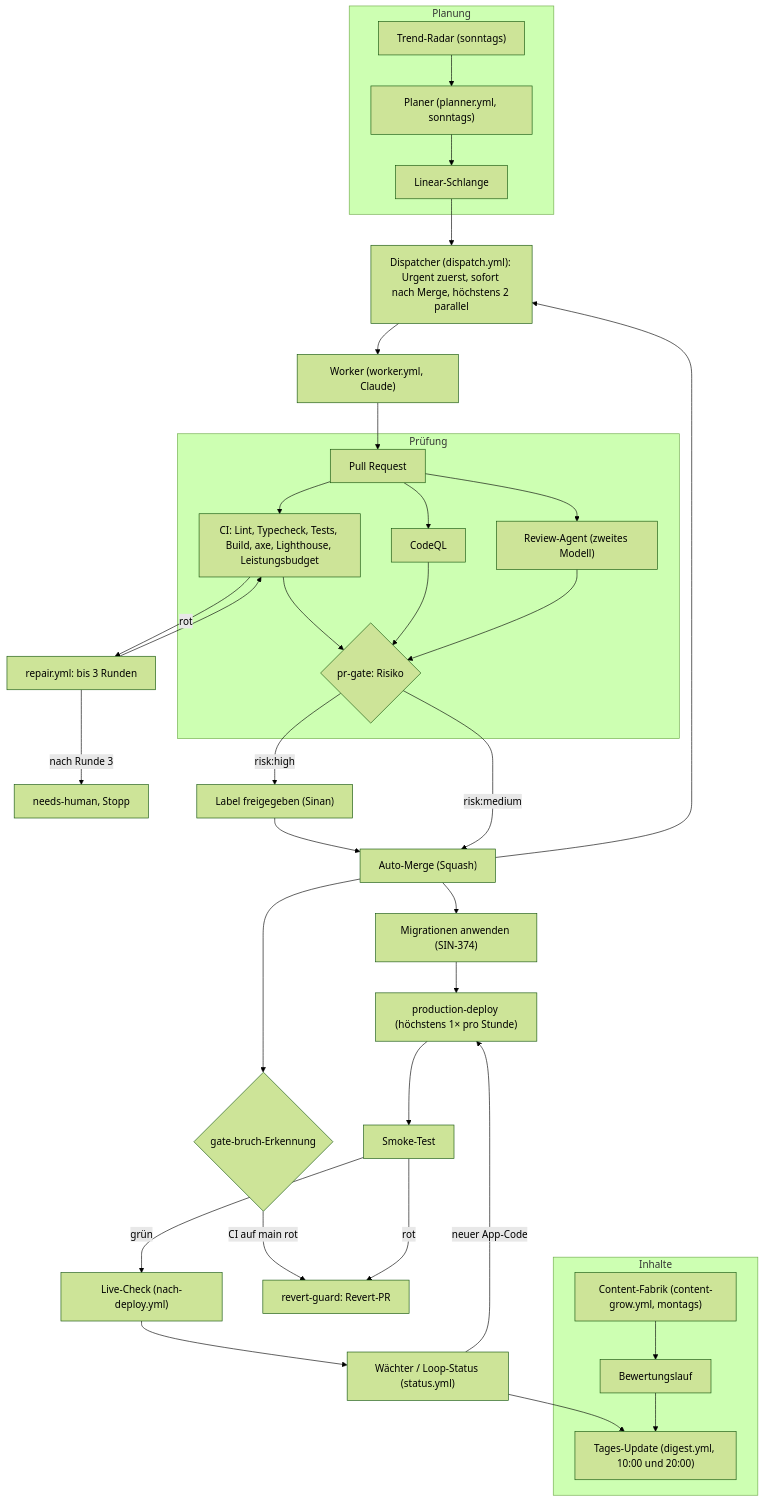
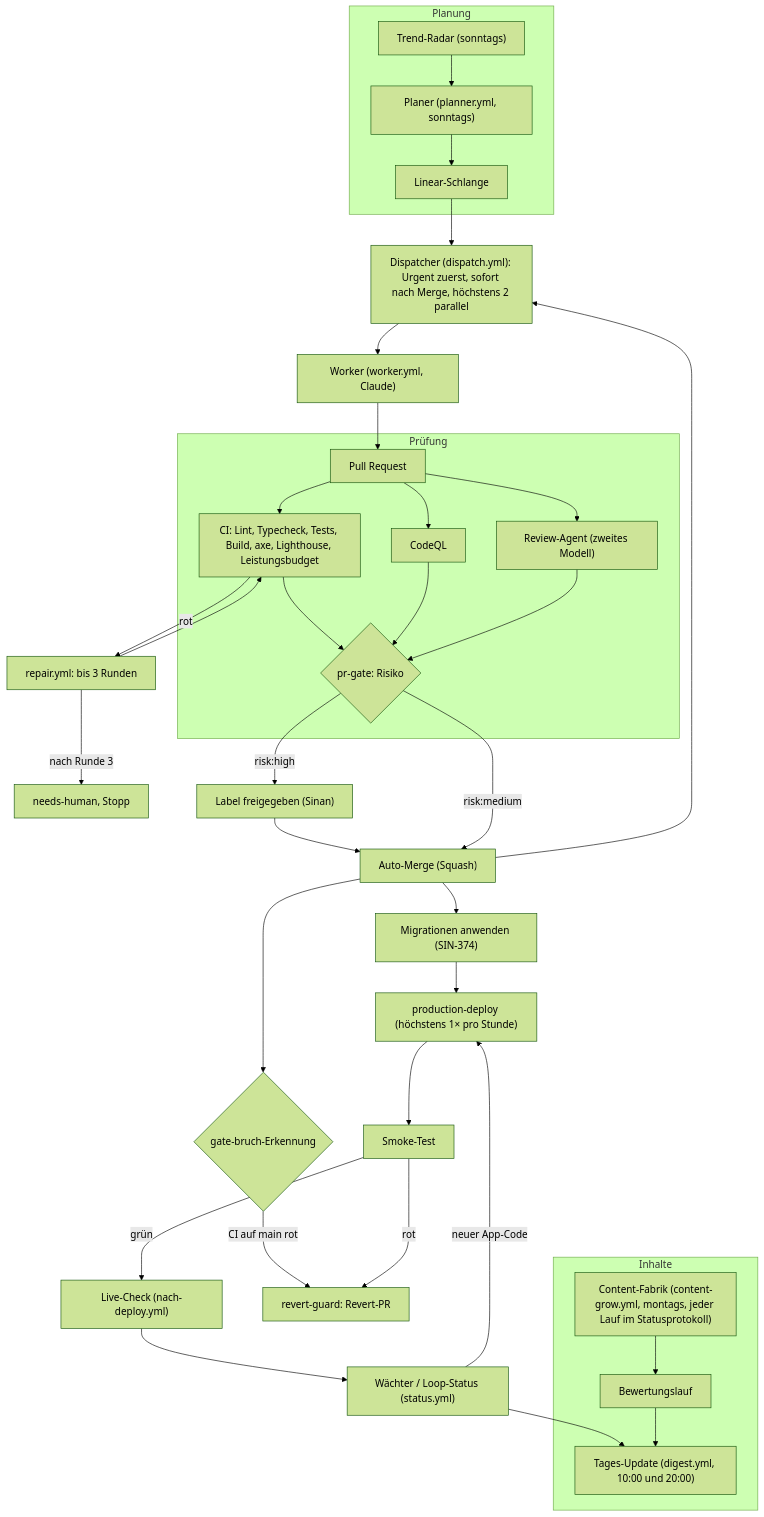
Before and after one commit to siinanXD/Content-Agent-Lernapp: the diagram in docs/diagramme/pipeline.mmd, drawn with Mermaid (forest theme). The commit also changed 11 other files, not shown here.

Commit message:
feat(content-fabrik): Lauf im Statusprotokoll nachweisen, Ausbleiben melden (SIN-378) (#201)

```diff
--- a/docs/diagramme/pipeline.mmd
+++ b/docs/diagramme/pipeline.mmd
@@ -1,39 +1,39 @@
 %% Pipeline-Ablauf des Loops, Stand main 08.10. (SIN-376). Quelle für das FigJam-Board „Pipeline-Ablauf“.
 %% Ändern sich .github/workflows/ oder scripts/autonomy/, diese Datei im selben PR anpassen.
 flowchart TD
   subgraph Planung
     Radar["Trend-Radar (sonntags)"] --> Planer
     Planer["Planer (planner.yml, sonntags)"] --> Schlange["Linear-Schlange"]
   end
   Schlange --> Dispatcher["Dispatcher (dispatch.yml): Urgent zuerst, sofort nach Merge, höchstens 2 parallel"]
   Dispatcher --> Worker["Worker (worker.yml, Claude)"]
   Worker --> PR["Pull Request"]
   subgraph Prüfung
     PR --> CI["CI: Lint, Typecheck, Tests, Build, axe, Lighthouse, Leistungsbudget"]
     PR --> CodeQL["CodeQL"]
     PR --> Review["Review-Agent (zweites Modell)"]
     CI --> Gate{"pr-gate: Risiko"}
     CodeQL --> Gate
     Review --> Gate
   end
   CI -- rot --> Repair["repair.yml: bis 3 Runden"]
   Repair --> CI
   Repair -- "nach Runde 3" --> Mensch["needs-human, Stopp"]
   Gate -- "risk:high" --> Freigabe["Label freigegeben (Sinan)"]
   Freigabe --> Merge
   Gate -- "risk:medium" --> Merge["Auto-Merge (Squash)"]
   Merge --> Dispatcher
   Merge --> Migr["Migrationen anwenden (SIN-374)"]
   Merge --> Bruch{"gate-bruch-Erkennung"}
   Bruch -- "CI auf main rot" --> Revert["revert-guard: Revert-PR"]
   Migr --> Deploy["production-deploy (höchstens 1× pro Stunde)"]
   Deploy --> Smoke["Smoke-Test"]
   Smoke -- rot --> Revert
   Smoke -- grün --> Live["Live-Check (nach-deploy.yml)"]
   Live --> Waechter["Wächter / Loop-Status (status.yml)"]
   Waechter -- "neuer App-Code" --> Deploy
   Waechter --> Update["Tages-Update (digest.yml, 10:00 und 20:00)"]
   subgraph Inhalte
-    Fabrik["Content-Fabrik (content-grow.yml, montags)"] --> Bewertung["Bewertungslauf"]
+    Fabrik["Content-Fabrik (content-grow.yml, montags, jeder Lauf im Statusprotokoll)"] --> Bewertung["Bewertungslauf"]
     Bewertung --> Update
   end
```
